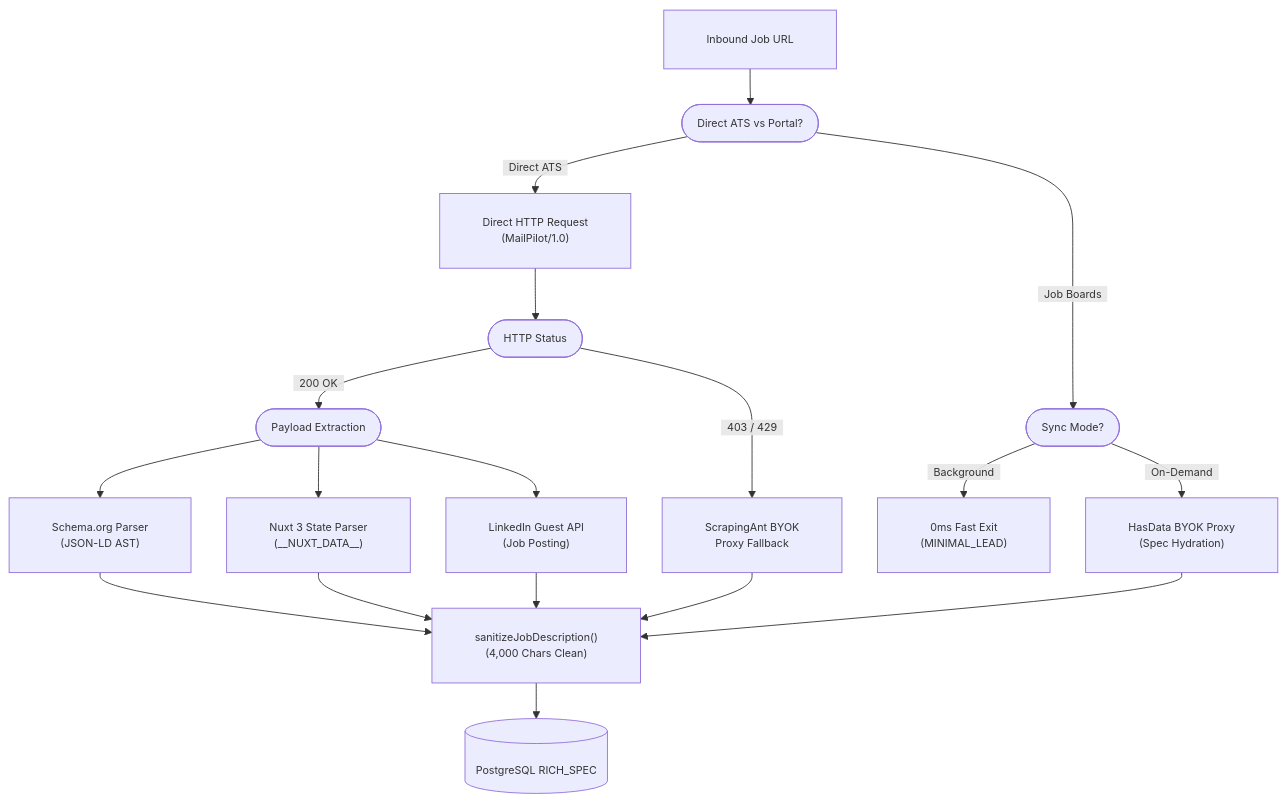
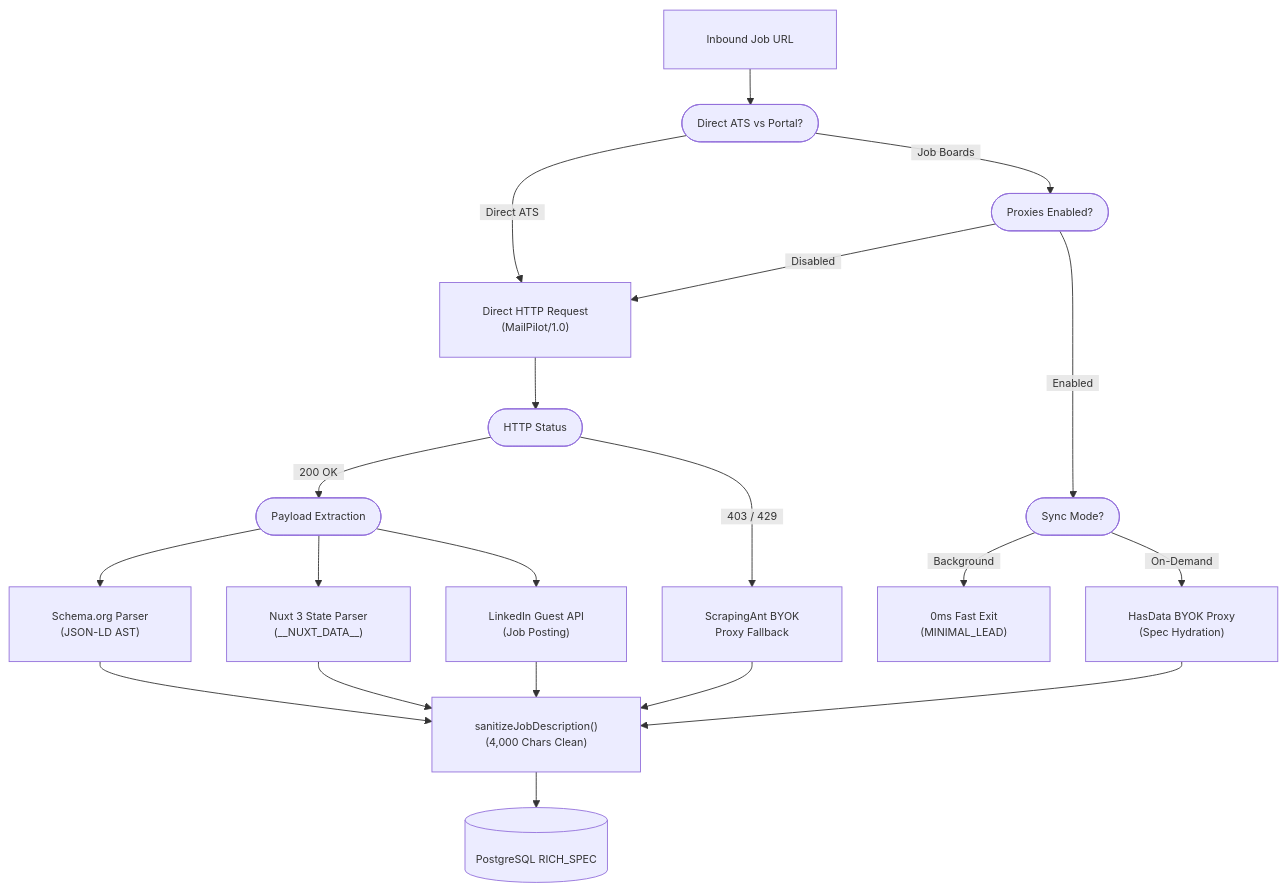
Before and after one commit to Marqlo-C/mailpilot: the eighth of 12 diagrams in README.md, drawn with Mermaid. The commit also changed other lines of this file and 134 other files, not shown here.

Commit message:
Modularize lib domain directories, update imports, and refresh architecture docs

````diff
--- a/README.md
+++ b/README.md
@@ -362,21 +433,24 @@
 ```mermaid
 %%{init: {"themeVariables": {"fontSize": "12px", "fontFamily": "-apple-system, BlinkMacSystemFont, Segoe UI, sans-serif"}, "themeCSS": ".edgeLabel foreignObject { overflow: visible !important; } .edgeLabel span { padding: 0 4px; }", "flowchart": {"padding": 24, "nodeSpacing": 40, "rankSpacing": 40}}}%%
 flowchart TD
   URL["Inbound Job URL"] --> PROTO(["Direct ATS vs Portal?"])
   PROTO -->|"&nbsp;&nbsp;Direct ATS&nbsp;&nbsp;"| DIRECT["Direct HTTP Request<br/>(MailPilot/1.0)"]
-  PROTO -->|"&nbsp;&nbsp;Job Boards&nbsp;&nbsp;"| GATE(["Sync Mode?"])
+  PROTO -->|"&nbsp;&nbsp;Job Boards&nbsp;&nbsp;"| PROXCHECK(["Proxies Enabled?"])
+
+  PROXCHECK -->|"&nbsp;&nbsp;Disabled&nbsp;&nbsp;"| DIRECT
+  PROXCHECK -->|"&nbsp;&nbsp;Enabled&nbsp;&nbsp;"| GATE(["Sync Mode?"])
 
   GATE -->|"&nbsp;&nbsp;Background&nbsp;&nbsp;"| MIN["0ms Fast Exit<br/>(MINIMAL_LEAD)"]
   GATE -->|"&nbsp;&nbsp;On-Demand&nbsp;&nbsp;"| HASDATA["HasData BYOK Proxy<br/>(Spec Hydration)"]
 
   DIRECT --> STATUS(["HTTP Status"])
   STATUS -->|"&nbsp;&nbsp;200 OK&nbsp;&nbsp;"| PARSE(["Payload Extraction"])
   STATUS -->|"&nbsp;&nbsp;403 / 429&nbsp;&nbsp;"| SCRAPINGANT["ScrapingAnt BYOK<br/>Proxy Fallback"]
 
   PARSE --> JLD["Schema.org Parser<br/>(JSON-LD AST)"]
   PARSE --> NUXT["Nuxt 3 State Parser<br/>(__NUXT_DATA__)"]
   PARSE --> LI["LinkedIn Guest API<br/>(Job Posting)"]
 
   JLD & NUXT & LI & HASDATA & SCRAPINGANT --> SANITIZE["sanitizeJobDescription()<br/>(4,000 Chars Clean)"]
   SANITIZE --> DB[("PostgreSQL RICH_SPEC")]
 ```
````
